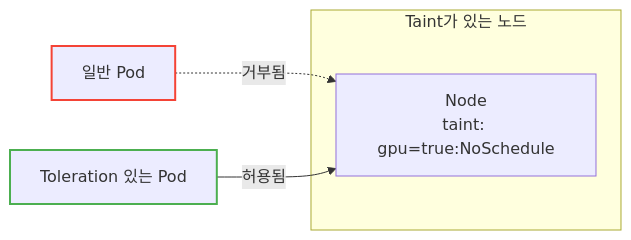
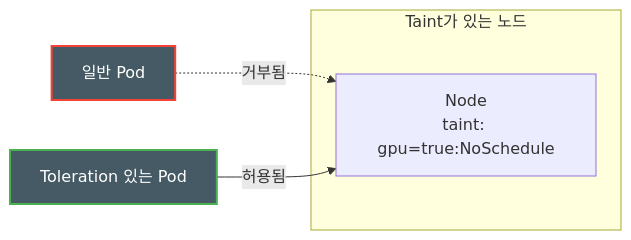
One commit to sskim91/TIL changed the eighth of 8 diagrams in kubernetes/Kubernetes-Pod.md. Above: the diagram before and after it, drawn with Mermaid. The commit also changed other lines of this file and 39 other files, not shown here.

````diff
--- a/kubernetes/Kubernetes-Pod.md
+++ b/kubernetes/Kubernetes-Pod.md
@@ -1037,12 +777,12 @@
 ```mermaid
 flowchart LR
     subgraph "Taint가 있는 노드"
         N[Node<br>taint: gpu=true:NoSchedule]
     end
 
     P1[일반 Pod] -.->|거부됨| N
     P2[Toleration 있는 Pod] -->|허용됨| N
 
-    style P1 stroke:#F44336,stroke-width:2px
-    style P2 stroke:#4CAF50,stroke-width:2px
+    style P1 stroke:#F44336,stroke-width:2px,fill:#455A64,color:#fff
+    style P2 stroke:#4CAF50,stroke-width:2px,fill:#455A64,color:#fff
 ```
````
